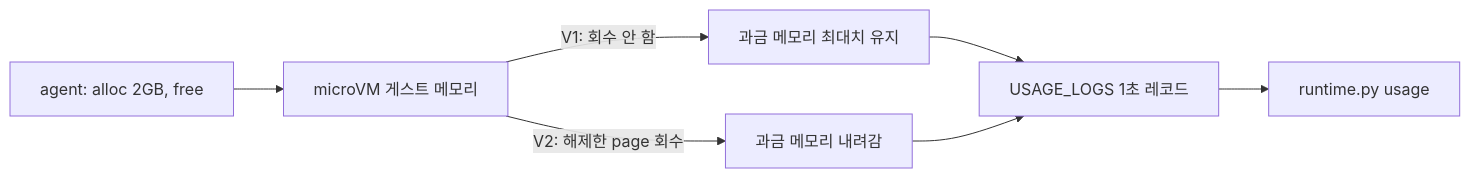
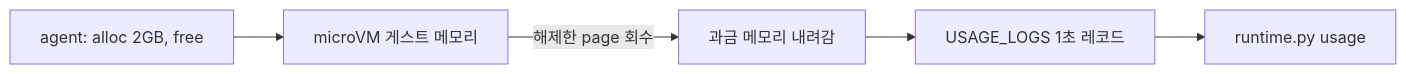
One commit to choisungwook/portfolio changed the diagram in aws/bedrock/agentcore-runtime-v2/docs/5-memory-reclaim.md. Above: the diagram before and after it, drawn with Mermaid. The commit also changed other lines of this file and 34 other files, not shown here.

````diff
--- a/aws/bedrock/agentcore-runtime-v2/docs/5-memory-reclaim.md
+++ b/aws/bedrock/agentcore-runtime-v2/docs/5-memory-reclaim.md
@@ -57,9 +57,7 @@
 ```mermaid
 flowchart LR
   agent["agent: alloc 2GB, free"] --> guest["microVM 게스트 메모리"]
-  guest -->|"V1: 회수 안 함"| billV1["과금 메모리 최대치 유지"]
-  guest -->|"V2: 해제한 page 회수"| billV2["과금 메모리 내려감"]
-  billV1 --> logs["USAGE_LOGS 1초 레코드"]
-  billV2 --> logs
+  guest -->|"해제한 page 회수"| bill["과금 메모리 내려감"]
+  bill --> logs["USAGE_LOGS 1초 레코드"]
   logs --> report["runtime.py usage"]
 ```
````
